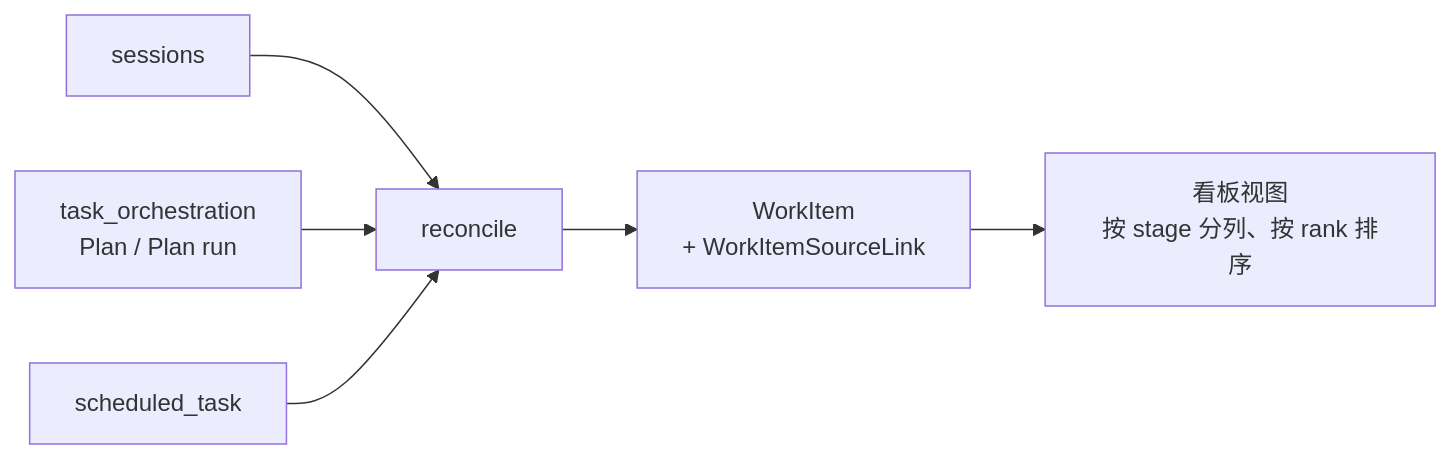
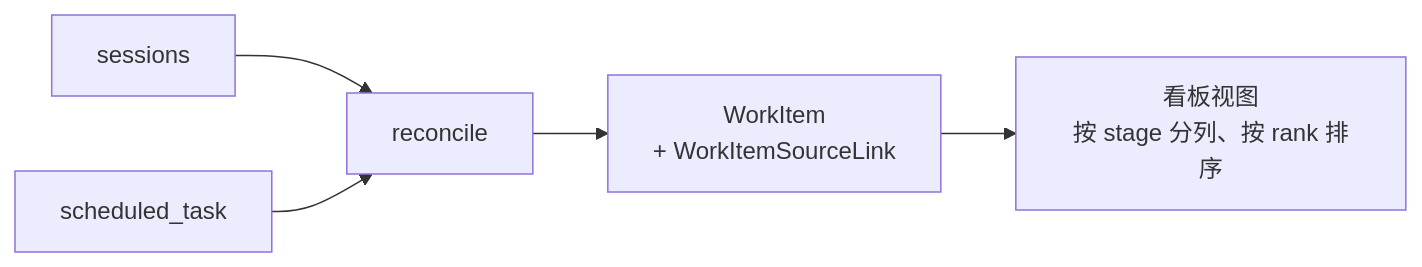
Before and after one commit to cdavid817/vanehub-ai: the second of 2 diagrams in docs/developer-guide/zh-CN/src/goals-and-work-board.md, drawn with Mermaid. The commit also changed other lines of this file and 238 other files, not shown here.

````diff
--- a/docs/developer-guide/zh-CN/src/goals-and-work-board.md
+++ b/docs/developer-guide/zh-CN/src/goals-and-work-board.md
@@ -67,8 +67,7 @@
 ```mermaid
 flowchart LR
   SE["sessions"] --> RC["reconcile"]
-  PL["task_orchestration<br/>Plan / Plan run"] --> RC
   ST["scheduled_task"] --> RC
   RC --> WI["WorkItem<br/>+ WorkItemSourceLink"]
   WI --> BOARD["看板视图<br/>按 stage 分列、按 rank 排序"]
 ```
````
